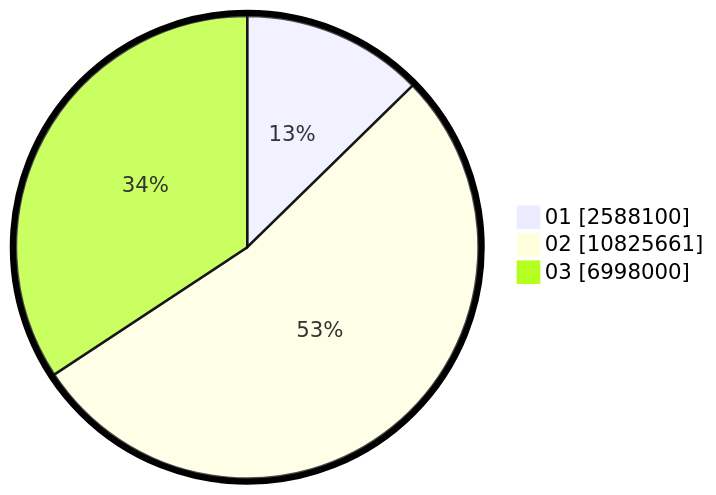
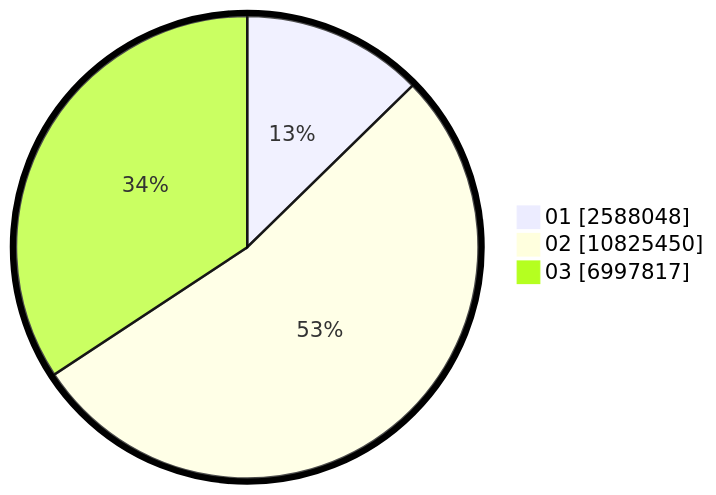
The second of 2 diagrams in pilpres/hitung-suara/sub/table-wilayah-33.md (gigit-pemilu/pemilu-2024), drawn with Mermaid before and after one commit. The commit also changed other lines of this file and 12 other files, not shown here.

````diff
--- a/pilpres/hitung-suara/sub/table-wilayah-33.md
+++ b/pilpres/hitung-suara/sub/table-wilayah-33.md
@@ -15,7 +15,7 @@
 ```mermaid
 %%{init: {"pie": {"textPosition": 0.5}, "themeVariables": {"pieOuterStrokeWidth": "5px"}} }%%
 pie showData
-    "01" : 2588100
-    "02" : 10825661
-    "03" : 6998000
+    "01" : 2588048
+    "02" : 10825450
+    "03" : 6997817
 ```
````
